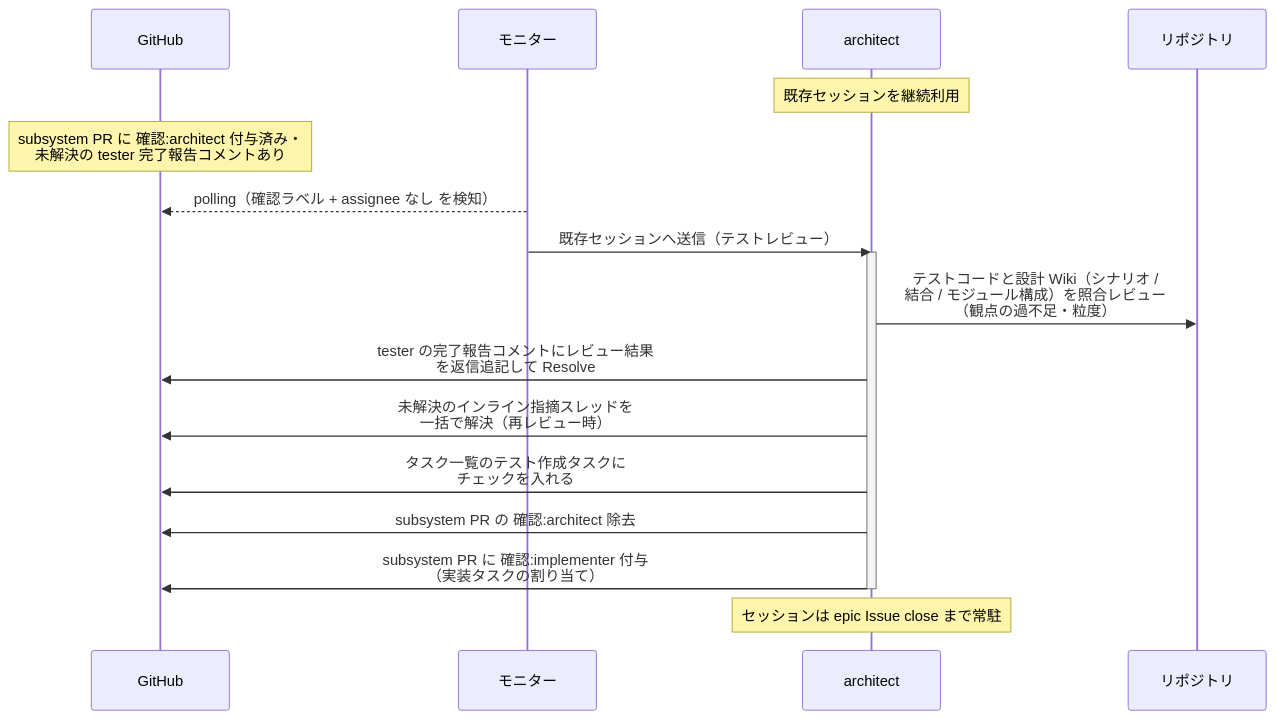
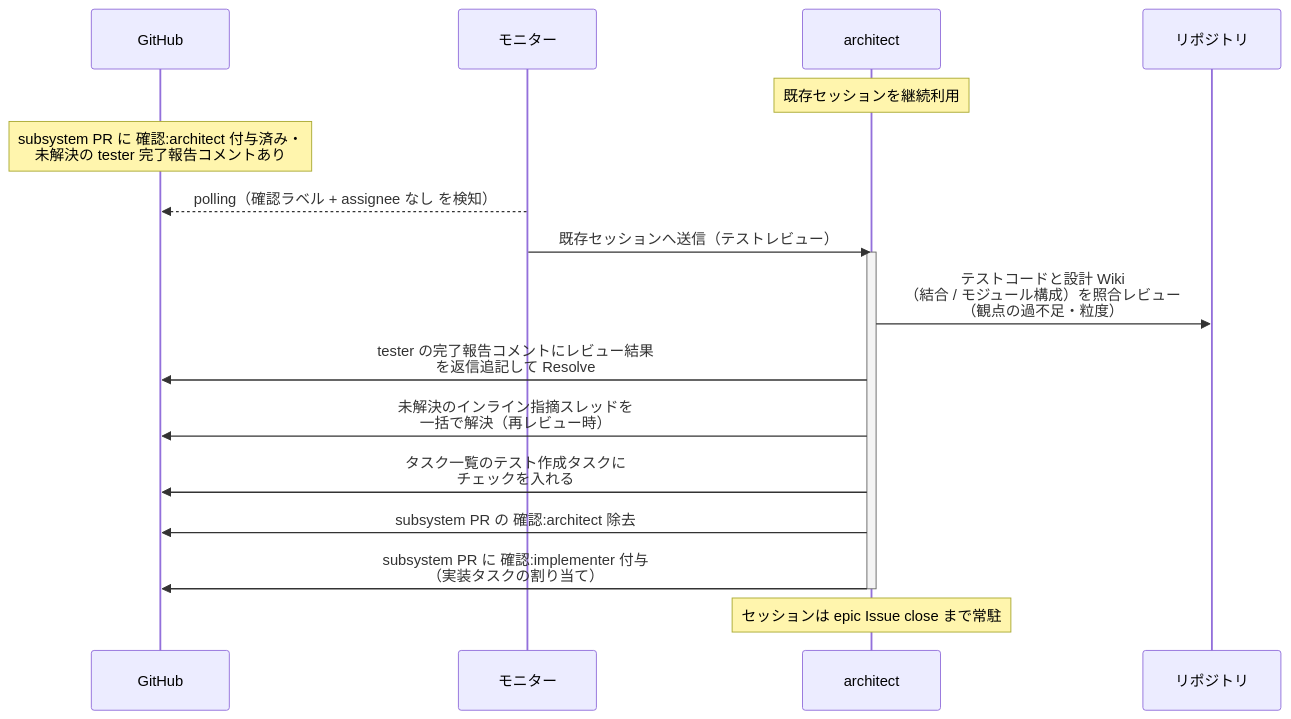
The first of 2 diagrams in docs/wiki/設計図/シナリオ/単一ユースケース/テストレビュー.md (shuhei1101/ai-monitor), drawn with Mermaid before and after one commit. The commit also changed other lines of this file and 67 other files, not shown here.

````diff
--- a/docs/wiki/設計図/シナリオ/単一ユースケース/テストレビュー.md
+++ b/docs/wiki/設計図/シナリオ/単一ユースケース/テストレビュー.md
@@ -25,21 +25,21 @@
 ```mermaid
 sequenceDiagram
   participant GH as GitHub
   participant ORC as モニター
   participant MON as architect
   participant REPO as リポジトリ
 
   Note over MON: 既存セッションを継続利用
   Note over GH: subsystem PR に 確認:architect 付与済み・<br>未解決の tester 完了報告コメントあり
   ORC-->>GH: polling（確認ラベル + assignee なし を検知）
   ORC->>MON: 既存セッションへ送信（テストレビュー）
   activate MON
-  MON->>REPO: テストコードと設計 Wiki（シナリオ /<br>結合 / モジュール構成）を照合レビュー<br>（観点の過不足・粒度）
+  MON->>REPO: テストコードと設計 Wiki<br>（結合 / モジュール構成）を照合レビュー<br>（観点の過不足・粒度）
   MON->>GH: tester の完了報告コメントにレビュー結果<br>を返信追記して Resolve
   MON->>GH: 未解決のインライン指摘スレッドを<br>一括で解決（再レビュー時）
   MON->>GH: タスク一覧のテスト作成タスクに<br>チェックを入れる
   MON->>GH: subsystem PR の 確認:architect 除去
   MON->>GH: subsystem PR に 確認:implementer 付与<br>（実装タスクの割り当て）
   deactivate MON
   Note over MON: セッションは epic Issue close まで常駐
 ```
````
